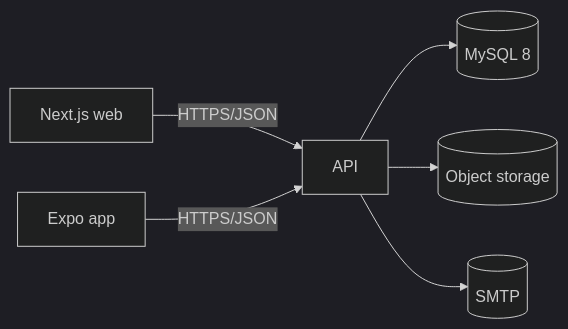
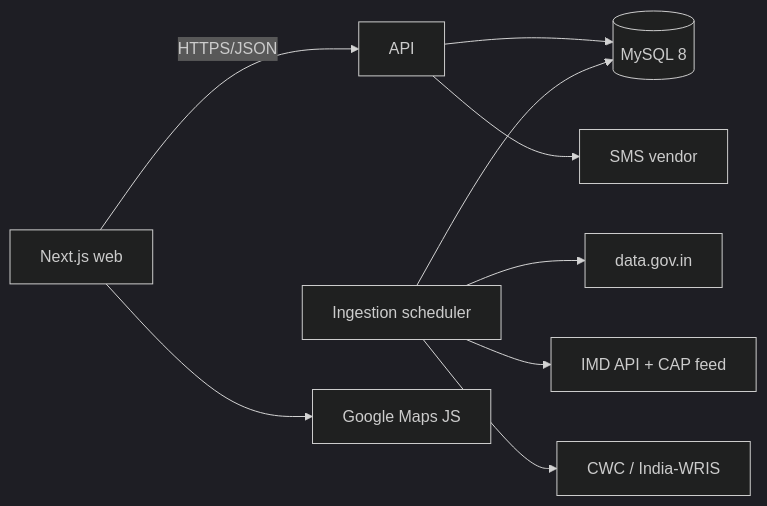
The second of 4 diagrams in project/overview.md (Prat05devs/pahadpulse), drawn with Mermaid (dark theme) before and after one commit. The commit also changed other lines of this file and 104 other files, not shown here.

````diff
--- a/project/overview.md
+++ b/project/overview.md
@@ -66,8 +122,11 @@
 ```mermaid
 flowchart LR
   Web[Next.js web] -->|HTTPS/JSON| API
-  Mobile[Expo app]  -->|HTTPS/JSON| API
   API --> DB[(MySQL 8)]
-  API --> Blob[(Object storage)]
-  API --> SMTP[(SMTP)]
+  Jobs[Ingestion scheduler] --> DB
+  Jobs --> GOV[data.gov.in]
+  Jobs --> IMD[IMD API + CAP feed]
+  Jobs --> CWC[CWC / India-WRIS]
+  API --> SMS[SMS vendor]
+  Web --> GMAP[Google Maps JS]
 ```
````
